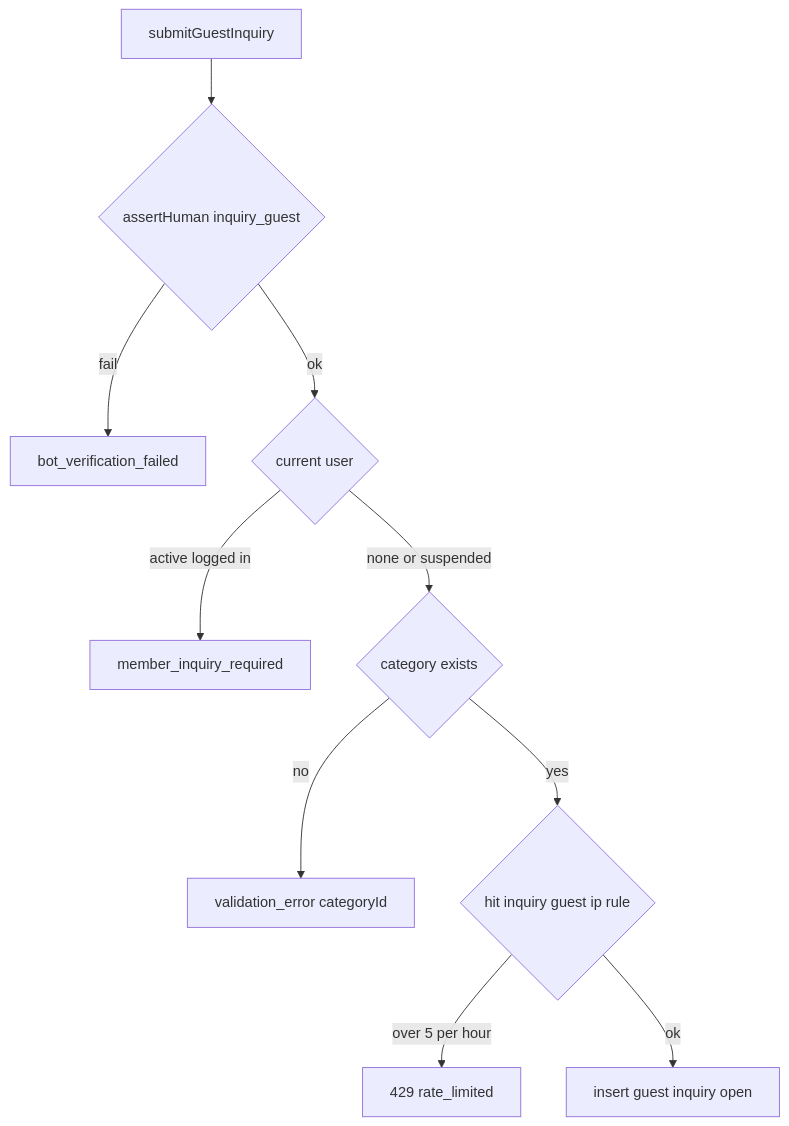
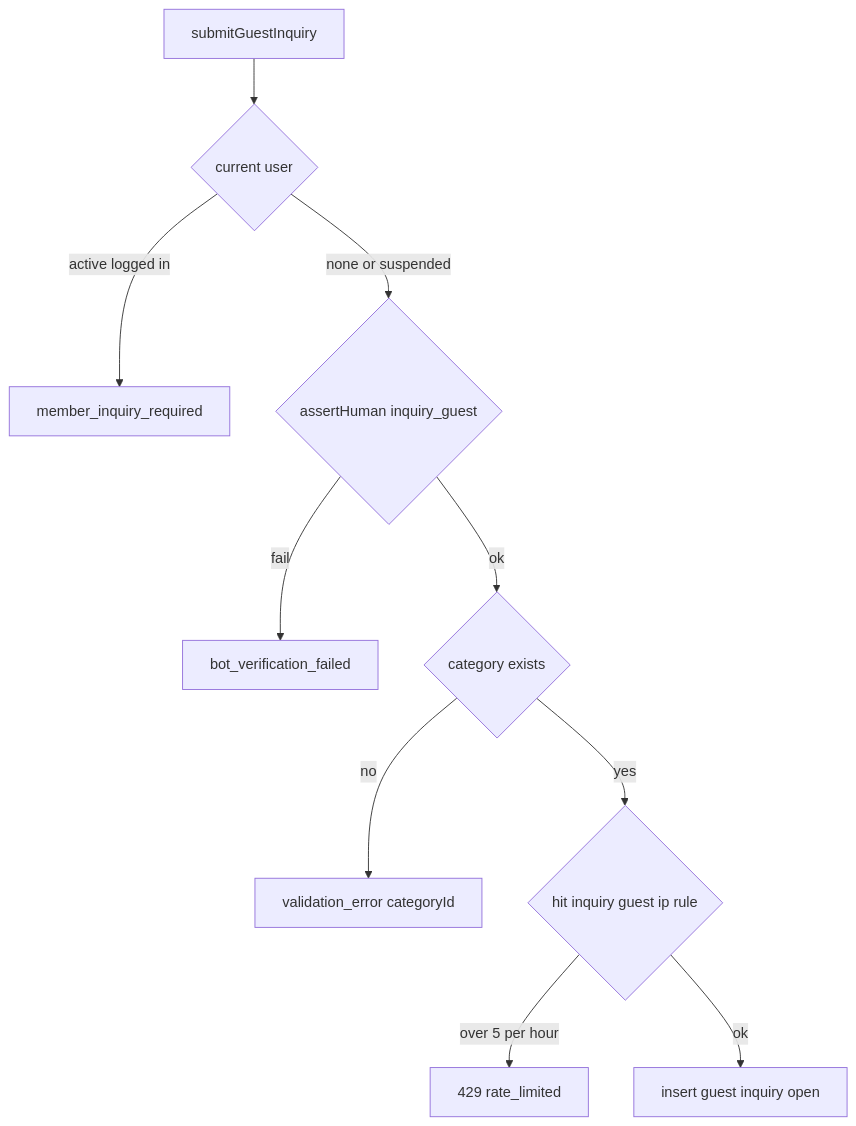
Before and after one commit to kurachiweb/genai-example-2-launch-platform: the third of 6 diagrams in .kiro/specs/inquiry-chat/design.md, drawn with Mermaid. The commit also changed other lines of this file and 17 other files, not shown here.

````diff
--- a/.kiro/specs/inquiry-chat/design.md
+++ b/.kiro/specs/inquiry-chat/design.md
@@ -365,12 +365,12 @@
 ```mermaid
 flowchart TD
-    Start[submitGuestInquiry] --> Human{assertHuman inquiry_guest}
+    Start[submitGuestInquiry] --> Who{current user}
+    Who -->|active logged in| Reject[member_inquiry_required]
+    Who -->|none or suspended| Human{assertHuman inquiry_guest}
     Human -->|fail| Reject403[bot_verification_failed]
-    Human -->|ok| Who{current user}
-    Who -->|active logged in| Reject[member_inquiry_required]
-    Who -->|none or suspended| Category{category exists}
+    Human -->|ok| Category{category exists}
     Category -->|no| Invalid[validation_error categoryId]
     Category -->|yes| Count{hit inquiry guest ip rule}
     Count -->|over 5 per hour| Limited[429 rate_limited]
     Count -->|ok| Save[insert guest inquiry open]
 ```
````
